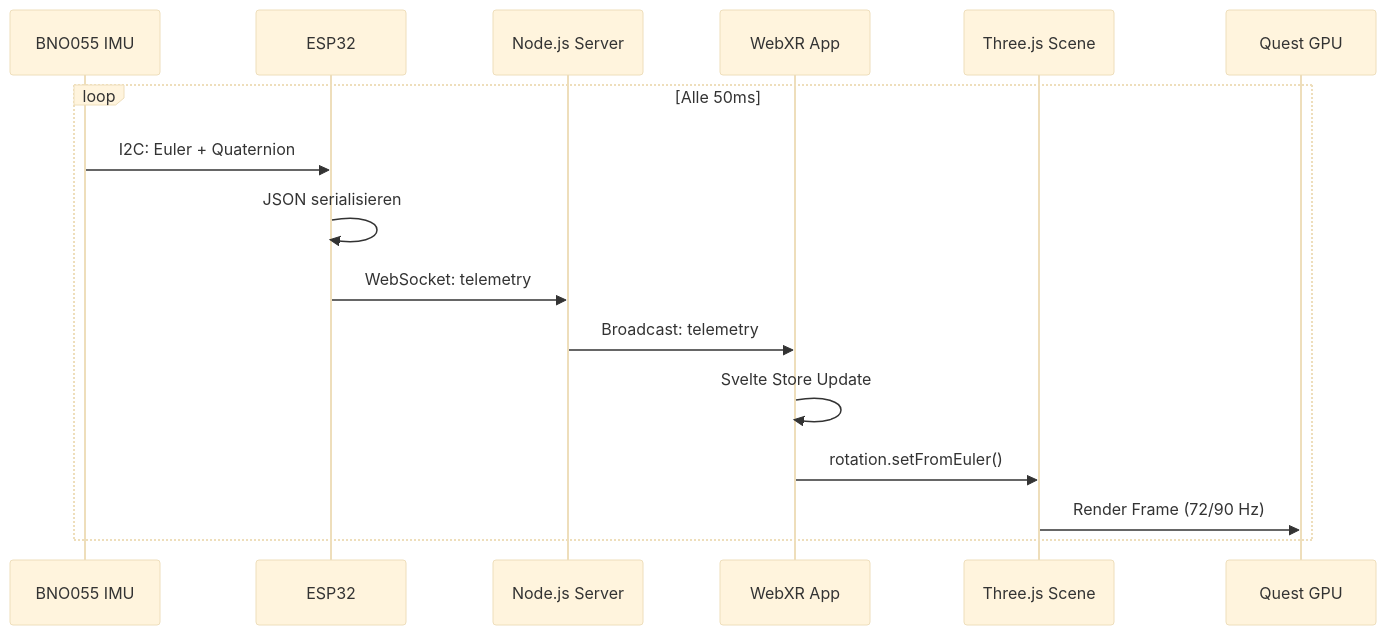
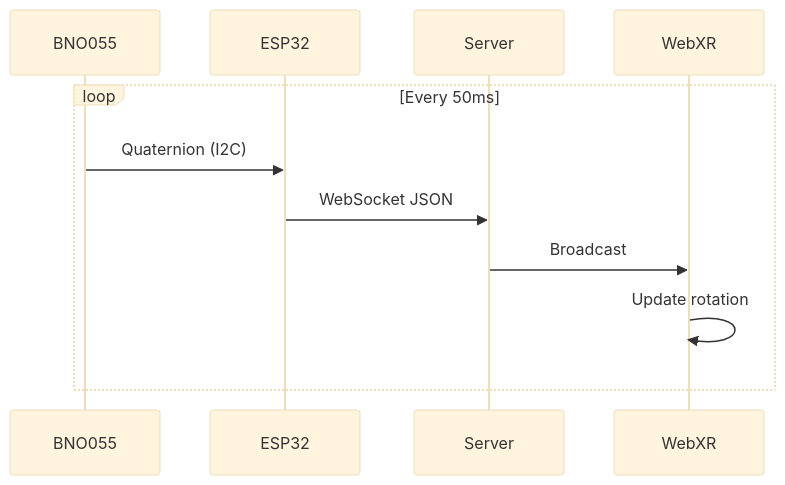
The second of 3 diagrams in docs/integration/SYSTEM_ARCHITECTURE.md (dweigend/neural-flight), drawn with Mermaid (base theme) before and after one commit. The commit also changed other lines of this file and 31 other files, not shown here.

````diff
--- a/docs/integration/SYSTEM_ARCHITECTURE.md
+++ b/docs/integration/SYSTEM_ARCHITECTURE.md
@@ -57,19 +43,14 @@
 ```mermaid
 sequenceDiagram
-    participant BNO as BNO055 IMU
+    participant IMU as BNO055
     participant ESP as ESP32
-    participant SRV as Node.js Server
-    participant APP as WebXR App
-    participant THR as Three.js Scene
-    participant GPU as Quest GPU
+    participant SRV as Server
+    participant APP as WebXR
     
-    loop Alle 50ms
-        BNO->>ESP: I2C: Euler + Quaternion
-        ESP->>ESP: JSON serialisieren
-        ESP->>SRV: WebSocket: telemetry
-        SRV->>APP: Broadcast: telemetry
-        APP->>APP: Svelte Store Update
-        APP->>THR: rotation.setFromEuler()
-        THR->>GPU: Render Frame (72/90 Hz)
+    loop Every 50ms
+        IMU->>ESP: Quaternion (I2C)
+        ESP->>SRV: WebSocket JSON
+        SRV->>APP: Broadcast
+        APP->>APP: Update rotation
     end
 ```
````
